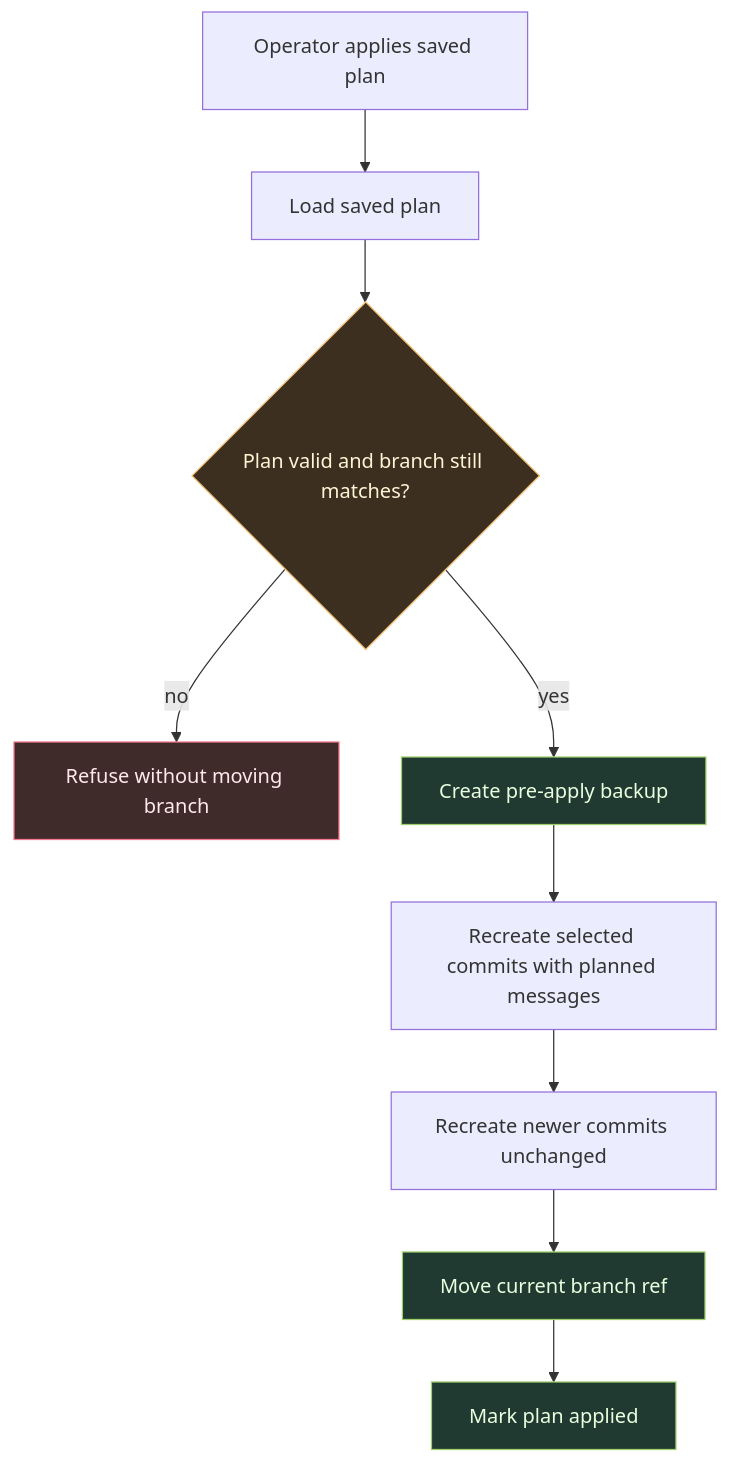
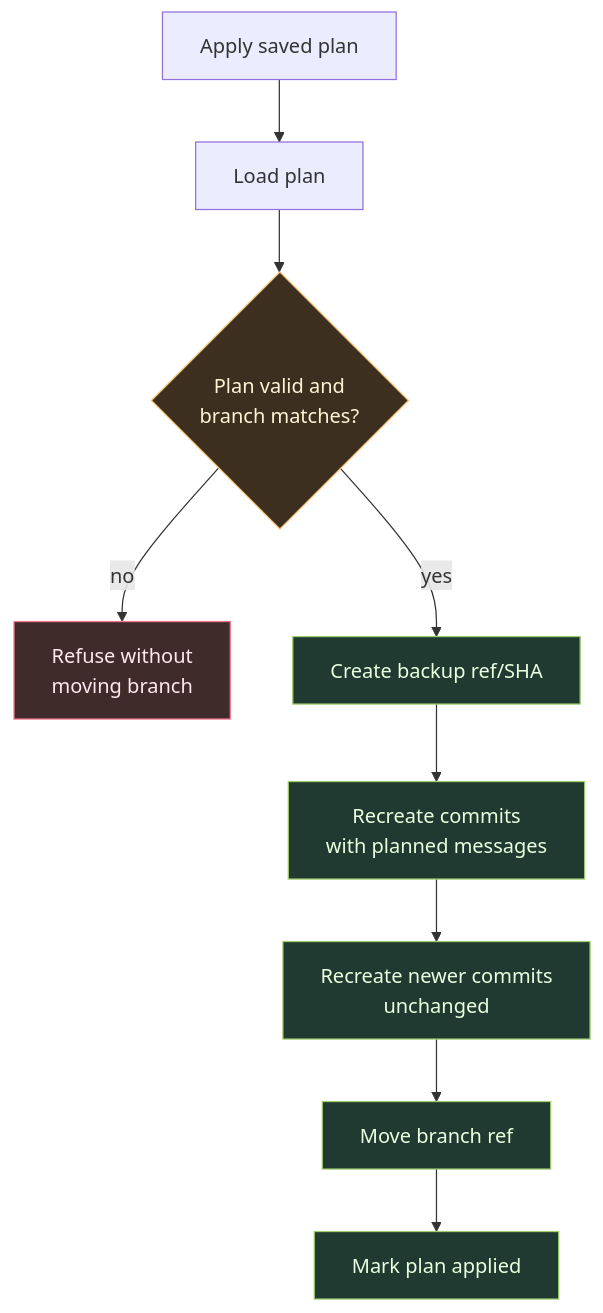
One commit to KristjanPikhof/Auto-Commit-Daemon changed the third of 3 diagrams in docs/intent-commit-rewrite-flow.md. Above: the diagram before and after it, drawn with Mermaid. The commit also changed other lines of this file and 4 other files, not shown here.

```diff
--- a/docs/intent-commit-rewrite-flow.md
+++ b/docs/intent-commit-rewrite-flow.md
@@ -120,18 +101,18 @@
 ~~~mermaid
 flowchart TB
-  A[Operator applies saved plan] --> B[Load saved plan]
-  B --> C{Plan valid and branch still matches?}
-  C -- no --> D[Refuse without moving branch]
-  C -- yes --> E[Create pre-apply backup]
-  E --> F[Recreate selected commits with planned messages]
-  F --> G[Recreate newer commits unchanged]
-  G --> H[Move current branch ref]
-  H --> I[Mark plan applied]
+  A["Apply saved plan"] --> B["Load plan"]
+  B --> C{"Plan valid and<br/>branch matches?"}
+  C -->|no| D["Refuse without<br/>moving branch"]
+  C -->|yes| E["Create backup ref/SHA"]
+  E --> F["Recreate commits<br/>with planned messages"]
+  F --> G["Recreate newer commits<br/>unchanged"]
+  G --> H["Move branch ref"]
+  H --> I["Mark plan applied"]
 
   classDef decision fill:#3d2f1f,stroke:#f6c177,color:#fff4d6
   classDef safe fill:#203a31,stroke:#9ece6a,color:#eaffdf
-  classDef reject fill:#402b2b,stroke:#f7768e,color:#ffe8ee
+  classDef stop fill:#402b2b,stroke:#f7768e,color:#ffe8ee
   class C decision
-  class E,H,I safe
-  class D reject
+  class E,F,G,H,I safe
+  class D stop
 ~~~
```
